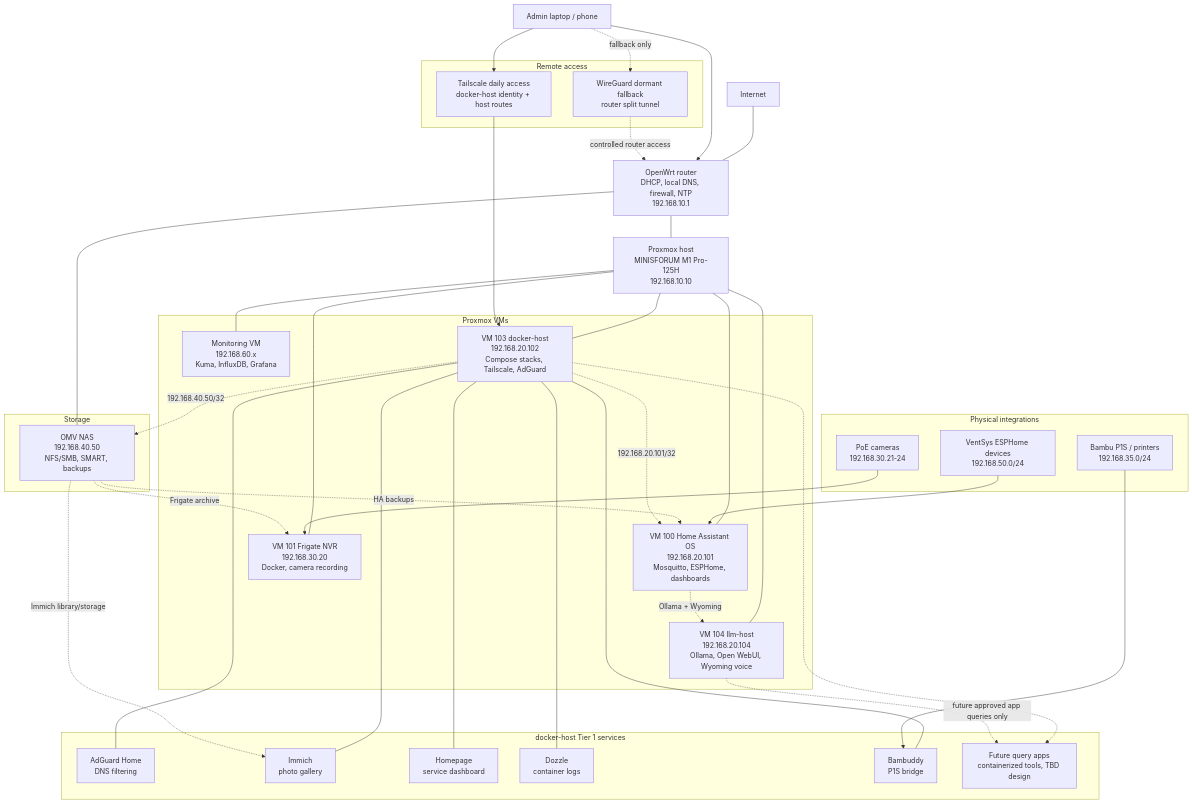
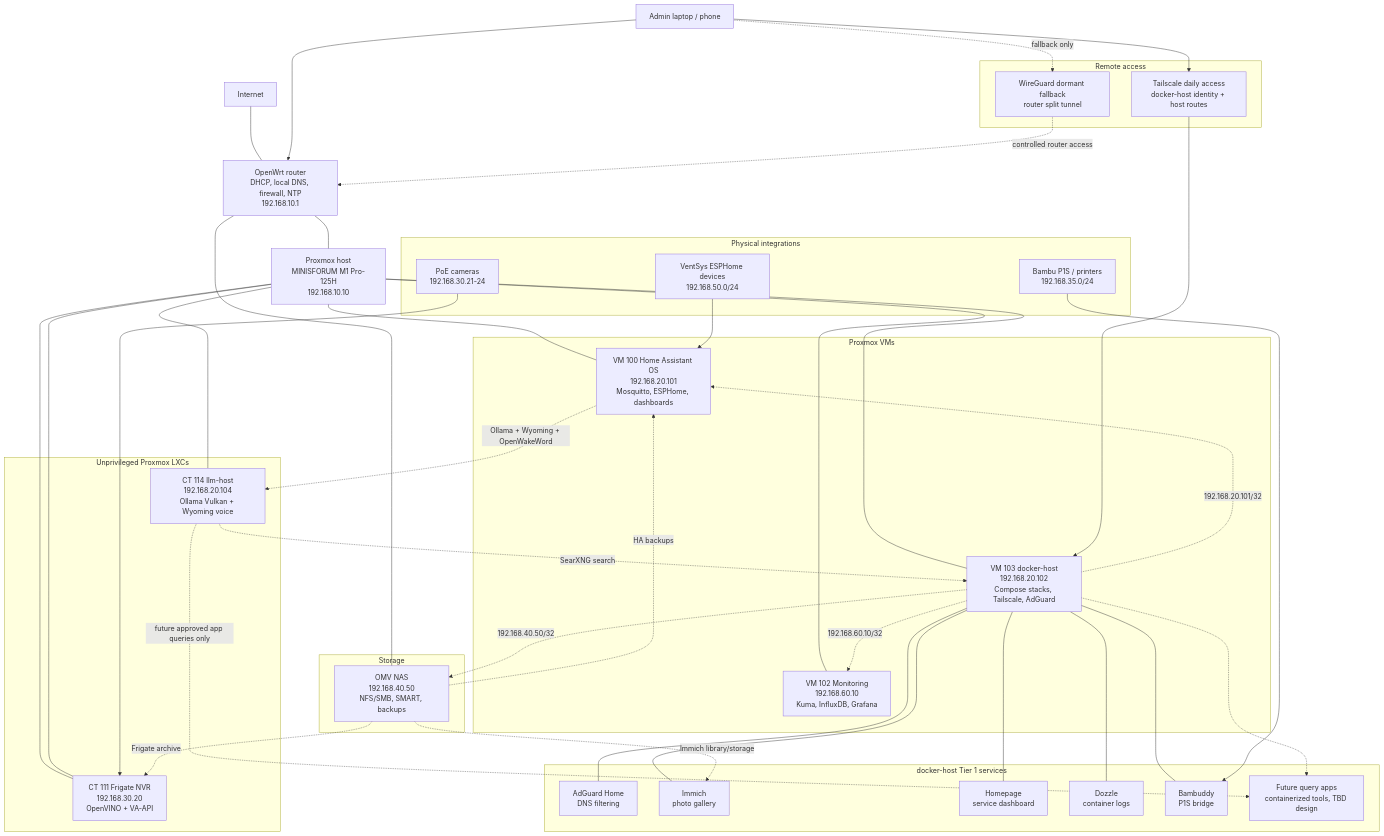
One commit to Nysplaidame/home-automation-project changed the diagram in main/docs/diagrams/network/current-master-architecture.mermaid. Above: the diagram before and after it, drawn with Mermaid. The commit also changed 42 other files, not shown here.

Commit message:
docs: reconcile live state and remaining roadmap

```diff
--- a/main/docs/diagrams/network/current-master-architecture.mermaid
+++ b/main/docs/diagrams/network/current-master-architecture.mermaid
@@ -1,74 +1,80 @@
 flowchart TB
     Operator["Admin laptop / phone"]
     Internet["Internet"]
     Router["OpenWrt router<br/>DHCP, local DNS, firewall, NTP<br/>192.168.10.1"]
     Proxmox["Proxmox host<br/>MINISFORUM M1 Pro-125H<br/>192.168.10.10"]
 
     Internet --- Router
     Operator --> Router
     Router --- Proxmox
 
     subgraph VMs["Proxmox VMs"]
         HA["VM 100 Home Assistant OS<br/>192.168.20.101<br/>Mosquitto, ESPHome, dashboards"]
-        Frigate["VM 101 Frigate NVR<br/>192.168.30.20<br/>Docker, camera recording"]
-        Monitoring["Monitoring VM<br/>192.168.60.x<br/>Kuma, InfluxDB, Grafana"]
+        Monitoring["VM 102 Monitoring<br/>192.168.60.10<br/>Kuma, InfluxDB, Grafana"]
         DockerHost["VM 103 docker-host<br/>192.168.20.102<br/>Compose stacks, Tailscale, AdGuard"]
-        LLMHost["VM 104 llm-host<br/>192.168.20.104<br/>Ollama, Open WebUI, Wyoming voice"]
+    end
+
+    subgraph LXCs["Unprivileged Proxmox LXCs"]
+        Frigate["CT 111 Frigate NVR<br/>192.168.30.20<br/>OpenVINO + VA-API"]
+        LLMHost["CT 114 llm-host<br/>192.168.20.104<br/>Ollama Vulkan + Wyoming voice"]
     end
 
     Proxmox --- HA
     Proxmox --- Frigate
     Proxmox --- Monitoring
     Proxmox --- DockerHost
+    Proxmox --- Frigate
     Proxmox --- LLMHost
 
     subgraph Storage["Storage"]
         OMV["OMV NAS<br/>192.168.40.50<br/>NFS/SMB, SMART, backups"]
     end
 
     Router --- OMV
 
     subgraph DockerApps["docker-host Tier 1 services"]
         AdGuard["AdGuard Home<br/>DNS filtering"]
         Immich["Immich<br/>photo gallery"]
         Homepage["Homepage<br/>service dashboard"]
         Dozzle["Dozzle<br/>container logs"]
         Bambuddy["Bambuddy<br/>P1S bridge"]
         FutureQuery["Future query apps<br/>containerized tools, TBD design"]
     end
 
     DockerHost --- AdGuard
     DockerHost --- Immich
     DockerHost --- Homepage
     DockerHost --- Dozzle
     DockerHost --- Bambuddy
     DockerHost -.-> FutureQuery
 
-    HA -.->|"Ollama + Wyoming"| LLMHost
+    HA -.->|"Ollama + Wyoming + OpenWakeWord"| LLMHost
+    LLMHost -.->|"SearXNG search"| DockerHost
     LLMHost -.->|"future approved app queries only"| FutureQuery
 
     subgraph Physical["Physical integrations"]
         Cameras["PoE cameras<br/>192.168.30.21-24"]
         Printers["Bambu P1S / printers<br/>192.168.35.0/24"]
         VentSys["VentSys ESPHome devices<br/>192.168.50.0/24"]
     end
 
     Cameras --> Frigate
     Printers --> Bambuddy
     VentSys --> HA
 
     OMV -.->|"HA backups"| HA
     OMV -.->|"Frigate archive"| Frigate
     OMV -.->|"Immich library/storage"| Immich
 
     subgraph Remote["Remote access"]
         Tailscale["Tailscale daily access<br/>docker-host identity + host routes"]
         WireGuard["WireGuard dormant fallback<br/>router split tunnel"]
     end
 
     Operator --> Tailscale
     Tailscale --> DockerHost
     DockerHost -.->|"192.168.20.101/32"| HA
     DockerHost -.->|"192.168.40.50/32"| OMV
+    DockerHost -.->|"192.168.60.10/32"| Monitoring
     Operator -.->|"fallback only"| WireGuard
     WireGuard -.->|"controlled router access"| Router
```
